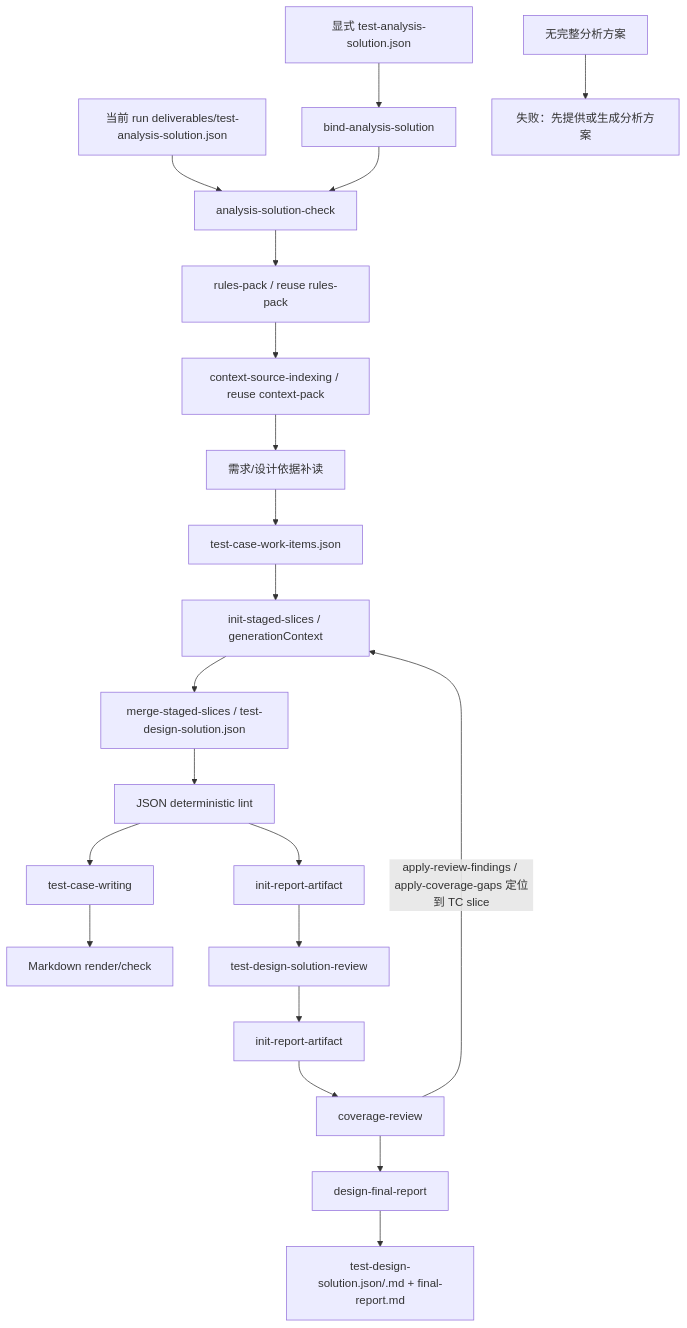
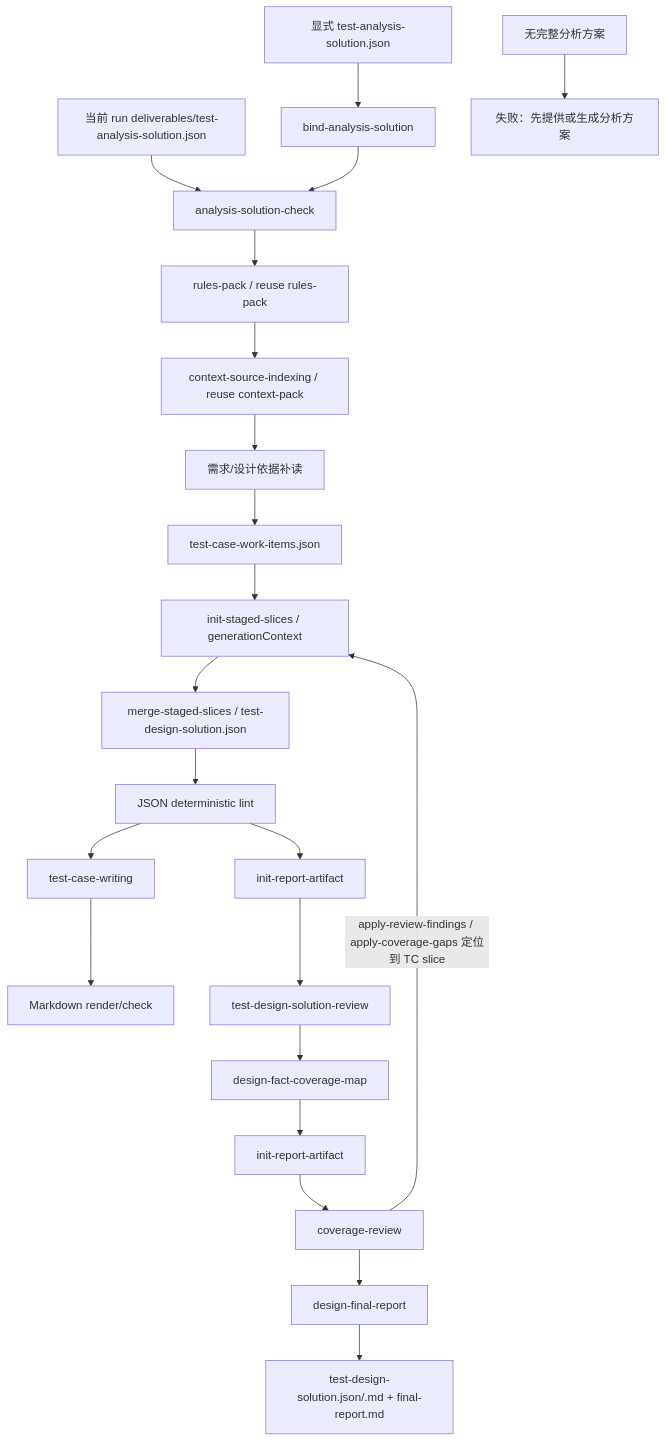
Before and after one commit to szluoqy-byte/Test-Analysis-Agent-MM: the diagram in docs/test-design-agent-design.md, drawn with Mermaid. The commit also changed other lines of this file and 41 other files, not shown here.

First line of the commit message:
feat: add fact coverage map gate

````diff
--- a/docs/test-design-agent-design.md
+++ b/docs/test-design-agent-design.md
@@ -13,23 +13,24 @@
 ```mermaid
 flowchart TD
   explicit["显式 test-analysis-solution.json"] --> bind["bind-analysis-solution"]
   current["当前 run deliverables/test-analysis-solution.json"] --> check["analysis-solution-check"]
   bind --> check
   missing["无完整分析方案"] --> fail["失败：先提供或生成分析方案"]
   check --> rules["rules-pack / reuse rules-pack"]
   rules --> context["context-source-indexing / reuse context-pack"]
   context --> basis["需求/设计依据补读"]
   basis --> workItems["test-case-work-items.json"]
   workItems --> slices["init-staged-slices / generationContext"]
   slices --> generation["merge-staged-slices / test-design-solution.json"]
   generation --> jsonlint["JSON deterministic lint"]
   jsonlint --> writing["test-case-writing"]
   writing --> lint["Markdown render/check"]
   jsonlint --> reviewInit["init-report-artifact"]
   reviewInit --> review["test-design-solution-review"]
-  review --> coverageInit["init-report-artifact"]
+  review --> coverageMap["design-fact-coverage-map"]
+  coverageMap --> coverageInit["init-report-artifact"]
   coverageInit --> coverage["coverage-review"]
   coverage -->|apply-review-findings / apply-coverage-gaps 定位到 TC slice| slices
   coverage --> finalReport["design-final-report"]
   finalReport --> output["test-design-solution.json/.md + final-report.md"]
 ```
````
